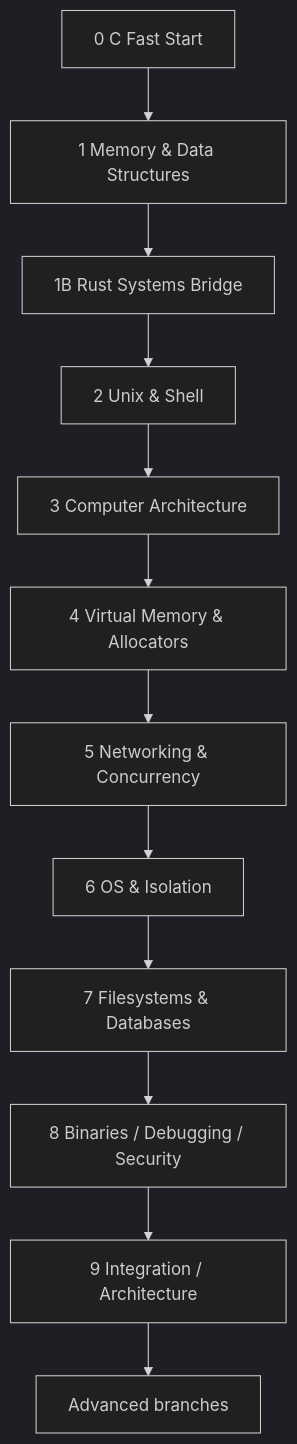
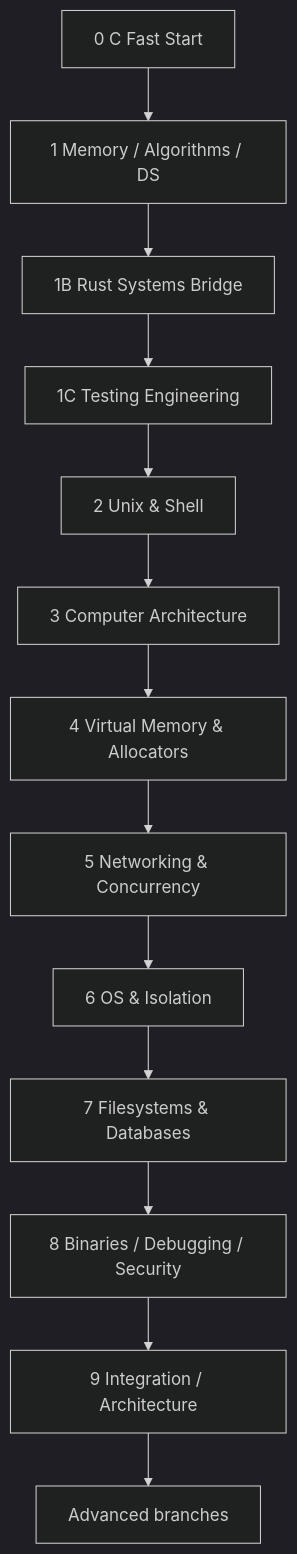
One commit to Ramzes8981/project-based-learning changed the diagram in SYSTEMS_ENGINEERING_ROADMAP.md. Above: the diagram before and after it, drawn with Mermaid (dark theme). The commit also changed other lines of this file and 4 other files, not shown here.

Commit message:
Course v3.1: sync roadmap and catalog workflows

````diff
--- a/SYSTEMS_ENGINEERING_ROADMAP.md
+++ b/SYSTEMS_ENGINEERING_ROADMAP.md
@@ -25,14 +25,15 @@
 ```mermaid
 flowchart TD
-    M0[0 C Fast Start] --> M1[1 Memory & Data Structures]
+    M0[0 C Fast Start] --> M1[1 Memory / Algorithms / DS]
     M1 --> MR[1B Rust Systems Bridge]
-    MR --> M2[2 Unix & Shell]
+    MR --> MT[1C Testing Engineering]
+    MT --> M2[2 Unix & Shell]
     M2 --> M3[3 Computer Architecture]
     M3 --> M4[4 Virtual Memory & Allocators]
     M4 --> M5[5 Networking & Concurrency]
     M5 --> M6[6 OS & Isolation]
     M6 --> M7[7 Filesystems & Databases]
     M7 --> M8[8 Binaries / Debugging / Security]
     M8 --> M9[9 Integration / Architecture]
     M9 --> ADV[Advanced branches]
 ```
````
